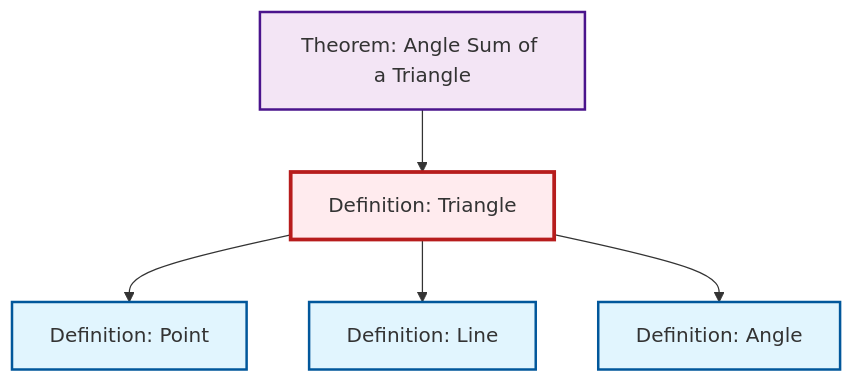
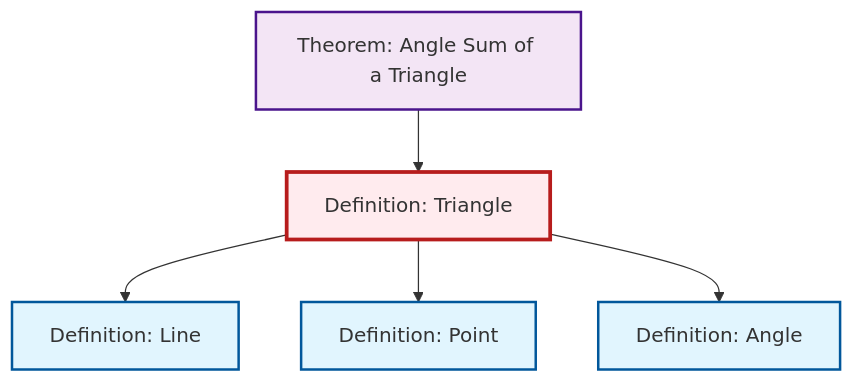
The diagram in content/ja/geometry/def-triangle.qmd (RK0429/ModernMath), drawn with Mermaid before and after one commit. The commit also changed other lines of this file and 615 other files, not shown here.

````diff
--- a/content/ja/geometry/def-triangle.qmd
+++ b/content/ja/geometry/def-triangle.qmd
@@ -60,23 +60,23 @@
 ```{mermaid}
 %%| fig-cap: "Local dependency graph"
 graph TD
     classDef definition fill:#e1f5fe,stroke:#01579b,stroke-width:2px
     classDef theorem fill:#f3e5f5,stroke:#4a148c,stroke-width:2px
     classDef axiom fill:#fff3e0,stroke:#e65100,stroke-width:2px
     classDef example fill:#e8f5e9,stroke:#1b5e20,stroke-width:2px
     classDef current fill:#ffebee,stroke:#b71c1c,stroke-width:3px
+    def-line["Definition: Line"]:::definition
     def-triangle["Definition: Triangle"]:::definition
-    def-point["Definition: Point"]:::definition
-    def-line["Definition: Line"]:::definition
     thm-angle-sum-triangle["Theorem: Angle Sum of a Triangle"]:::theorem
     def-angle["Definition: Angle"]:::definition
+    def-point["Definition: Point"]:::definition
+    def-triangle --> def-line
+    thm-angle-sum-triangle --> def-triangle
     def-triangle --> def-point
-    def-triangle --> def-line
     def-triangle --> def-angle
-    thm-angle-sum-triangle --> def-triangle
     class def-triangle current
-    click def-point "def-point.html" "Definition: Pointへ"
     click def-line "def-line.html" "Definition: Lineへ"
     click thm-angle-sum-triangle "thm-angle-sum-triangle.html" "Theorem: Angle Sum of a Triangleへ"
     click def-angle "def-angle.html" "Definition: Angleへ"
+    click def-point "def-point.html" "Definition: Pointへ"
 ```
````
